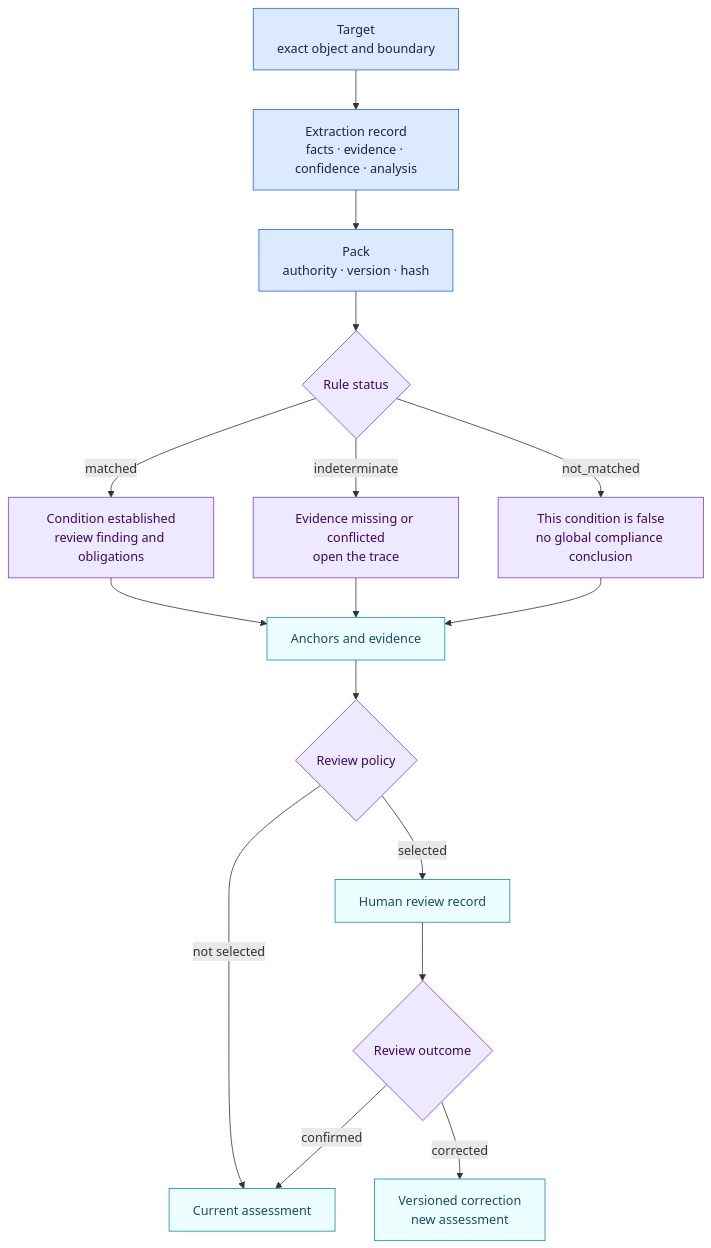
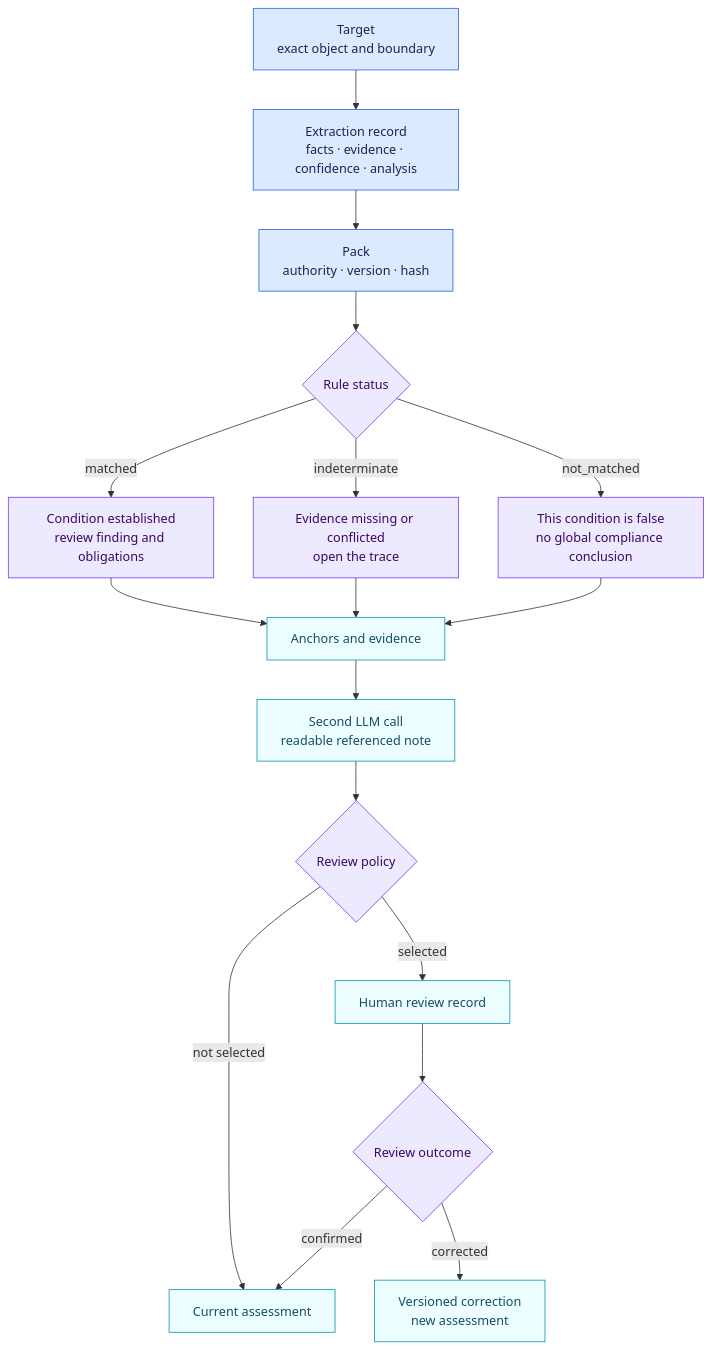
One commit to NickChaps/Open-AIRS changed the diagram in docs/en/reading-an-assessment.md. Above: the diagram before and after it, drawn with Mermaid. The commit also changed other lines of this file and 58 other files, not shown here.

````diff
--- a/docs/en/reading-an-assessment.md
+++ b/docs/en/reading-an-assessment.md
@@ -5,25 +5,26 @@
 ```mermaid
 flowchart TB
     T["Target<br/>exact object and boundary"] --> X["Extraction record<br/>facts · evidence · confidence · analysis"]
     X --> P["Pack<br/>authority · version · hash"]
     P --> S{"Rule status"}
     S -->|"matched"| M["Condition established<br/>review finding and obligations"]
     S -->|"indeterminate"| U["Evidence missing or conflicted<br/>open the trace"]
     S -->|"not_matched"| N["This condition is false<br/>no global compliance conclusion"]
     M --> A["Anchors and evidence"]
     U --> A
     N --> A
-    A --> Q{"Review policy"}
+    A --> L["Second LLM call<br/>readable referenced note"]
+    L --> Q{"Review policy"}
     Q -->|"selected"| H["Human review record"]
     Q -->|"not selected"| C["Current assessment"]
     H --> D{"Review outcome"}
     D -->|"confirmed"| C
     D -->|"corrected"| V["Versioned correction<br/>new assessment"]
 
     classDef identity fill:#dbeafe,stroke:#2563eb,color:#172554
     classDef status fill:#ede9fe,stroke:#7c3aed,color:#3b0764
     classDef trace fill:#ecfeff,stroke:#0891b2,color:#164e63
     class T,X,P identity
     class S,M,U,N,Q,D status
-    class A,H,C,V trace
+    class A,L,H,C,V trace
 ```
````
